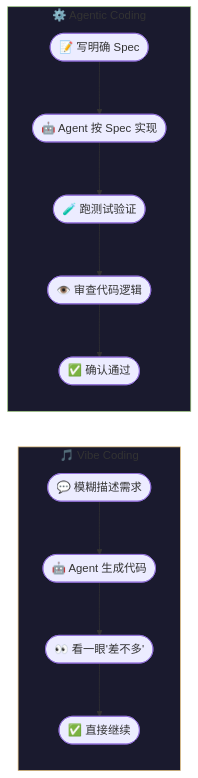
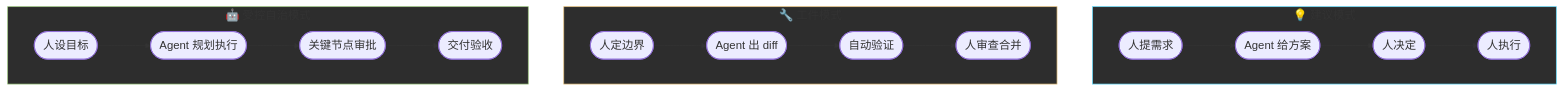
One commit to zht043/AgenticCodingTutorial changed the seventh of 10 diagrams in docs/chapters/ch10-collaboration.md. Above: the diagram before and after it, drawn with Mermaid. The commit also changed other lines of this file and 69 other files, not shown here.

Commit message:
optimize docs and add mermaid validation

````diff
--- a/docs/chapters/ch10-collaboration.md
+++ b/docs/chapters/ch10-collaboration.md
@@ -428,22 +433,25 @@
 ```mermaid
-flowchart LR
-    subgraph Vibe["🎵 Vibe Coding"]
-        V1(["💬 模糊描述需求"])
-        V2(["🤖 Agent 生成代码"])
-        V3(["👀 看一眼'差不多'"])
-        V4(["✅ 直接继续"])
-        V1 --> V2 --> V3 --> V4
+flowchart TB
+    classDef suggest fill:#2d2d2d,stroke:#61dafb
+    classDef patch fill:#2d2d2d,stroke:#e5c07b
+    classDef agent fill:#2d2d2d,stroke:#98c379
+
+    subgraph M1["💡 建议模式"]
+        direction LR
+        A1(["人提需求"]) --> A2(["Agent 给方案"]) --> A3(["人决定"]) --> A4(["人执行"])
     end
 
-    subgraph Agentic["⚙️ Agentic Coding"]
-        A1(["📝 写明确 Spec"])
-        A2(["🤖 Agent 按 Spec 实现"])
-        A3(["🧪 跑测试验证"])
-        A4(["👁️ 审查代码逻辑"])
-        A5(["✅ 确认通过"])
-        A1 --> A2 --> A3 --> A4 --> A5
+    subgraph M2["🔧 工件模式"]
+        direction LR
+        B1(["人定边界"]) --> B2(["Agent 出 diff"]) --> B3(["自动验证"]) --> B4(["人审查合并"])
     end
 
-    style Vibe fill:#1a1a2e,stroke:#e5c07b
-    style Agentic fill:#1a1a2e,stroke:#98c379
+    subgraph M3["🤖 受控自治模式"]
+        direction LR
+        C1(["人设目标"]) --> C2(["Agent 规划执行"]) --> C3(["关键节点审批"]) --> C4(["交付验收"])
+    end
+
+    M1:::suggest
+    M2:::patch
+    M3:::agent
 ```
````
